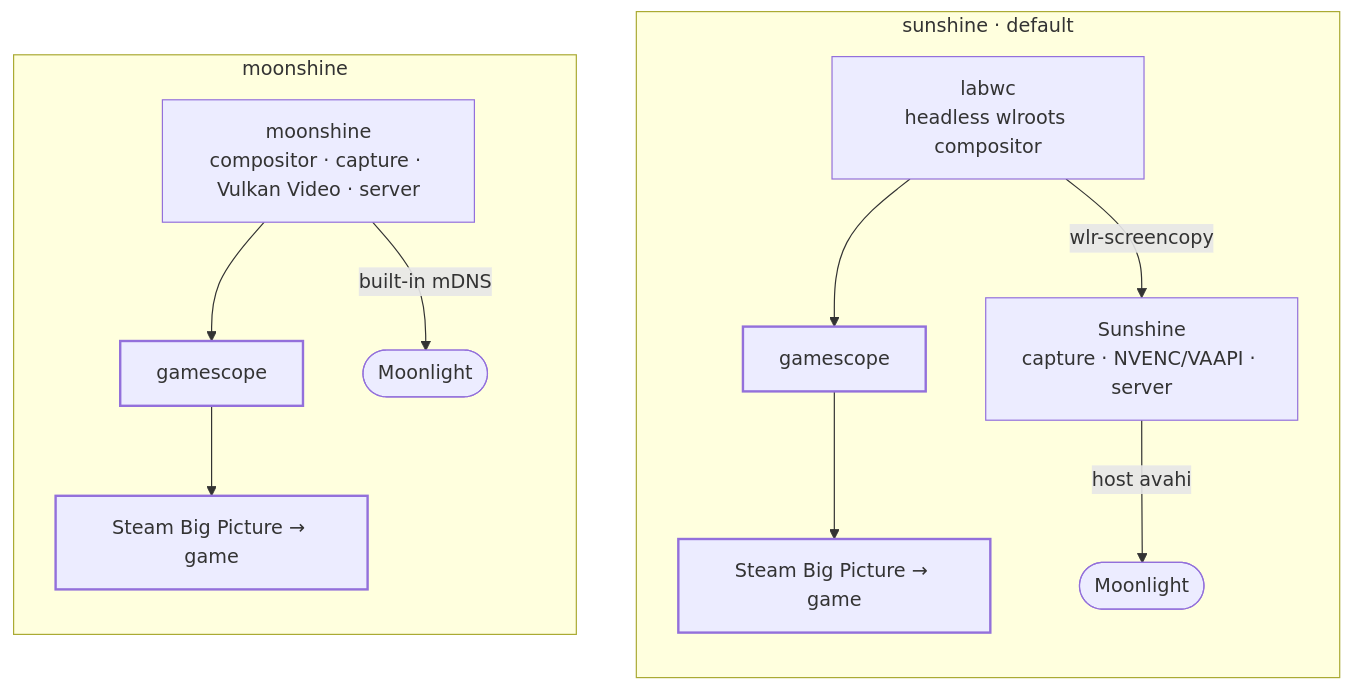
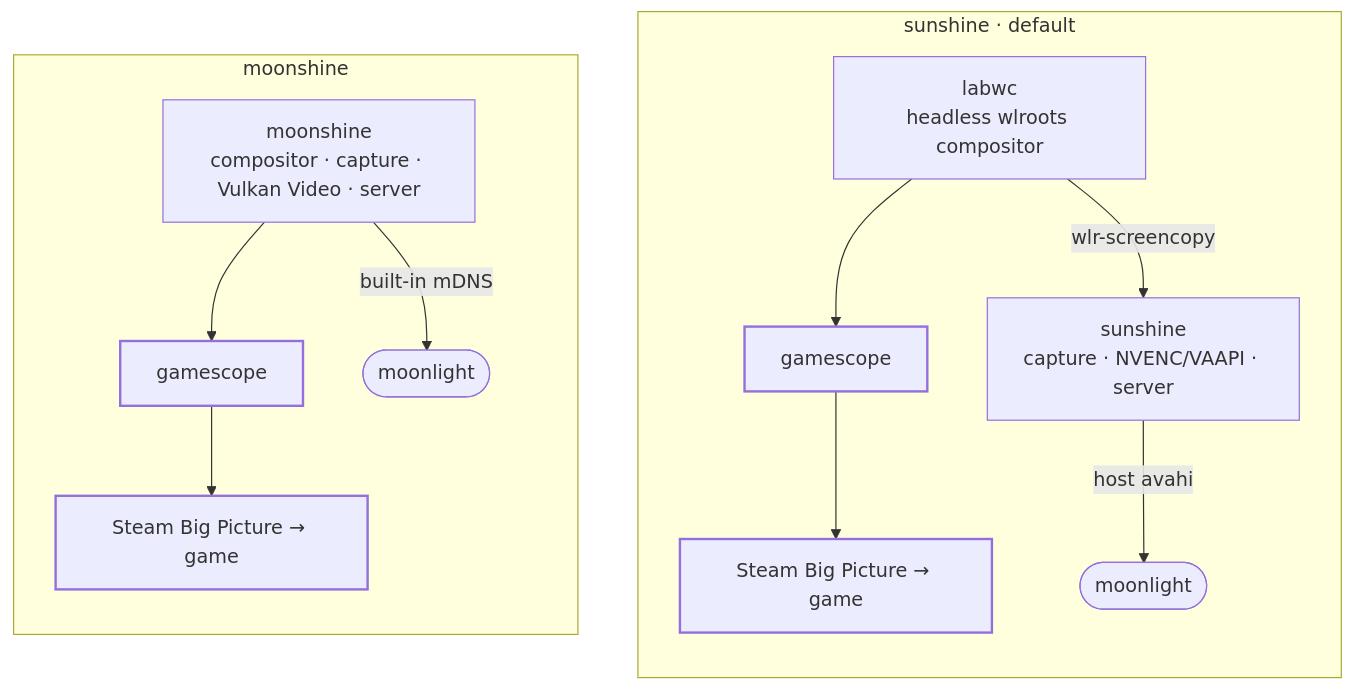
The second of 2 diagrams in README.md (slooock-dev/podstage), drawn with Mermaid before and after one commit. The commit also changed other lines of this file and 36 other files, not shown here.

````diff
--- a/README.md
+++ b/README.md
@@ -123,16 +123,16 @@
 ```mermaid
 flowchart TB
     subgraph sun["sunshine · default"]
         direction TB
         s1["labwc<br/>headless wlroots compositor"] --> s2["gamescope"] --> s3["Steam Big Picture → game"]
-        s1 -->|wlr-screencopy| s4["Sunshine<br/>capture · NVENC/VAAPI · server"]
-        s4 -->|host avahi| s5(["Moonlight"])
+        s1 -->|wlr-screencopy| s4["sunshine<br/>capture · NVENC/VAAPI · server"]
+        s4 -->|host avahi| s5(["moonlight"])
     end
     subgraph moon["moonshine"]
         direction TB
         m1["moonshine<br/>compositor · capture · Vulkan Video · server"] --> m2["gamescope"] --> m3["Steam Big Picture → game"]
-        m1 -->|built-in mDNS| m5(["Moonlight"])
+        m1 -->|built-in mDNS| m5(["moonlight"])
     end
     classDef shared stroke-width:2px
     class s2,s3,m2,m3 shared
 ```
````
